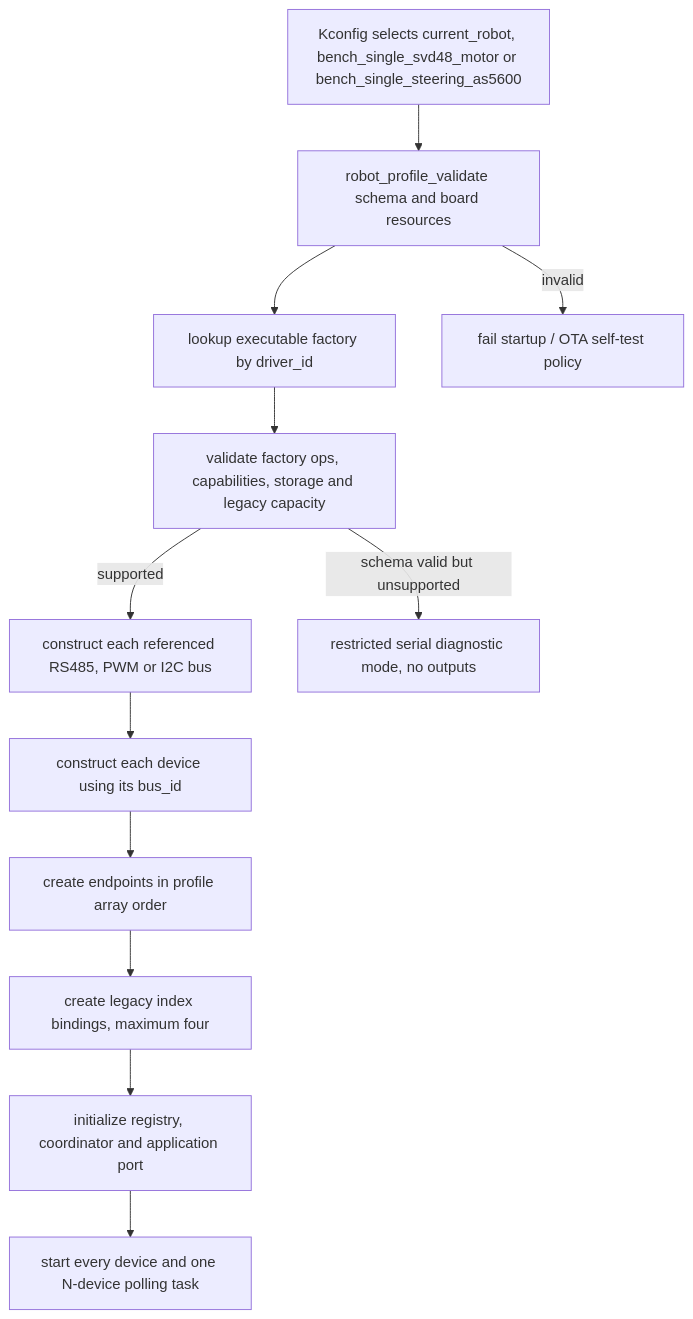
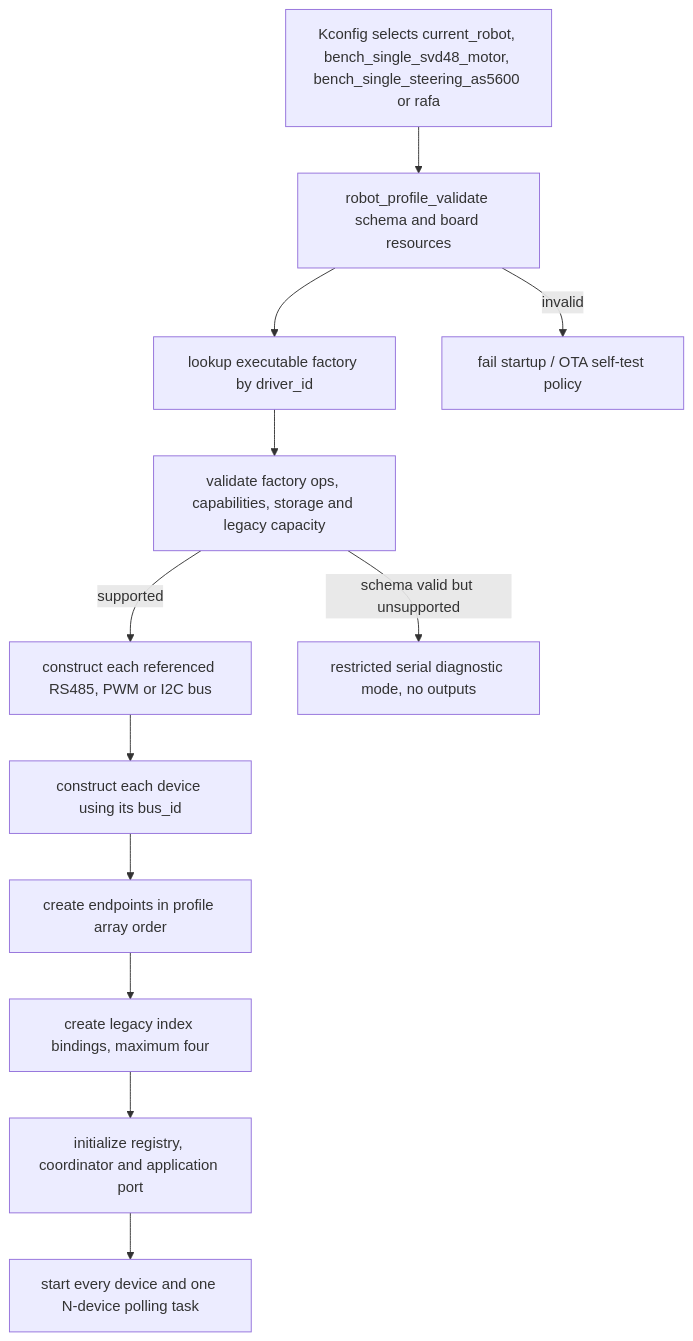
One commit to juanpmz2001/sistema-motriz-rs485 changed the fourth of 5 diagrams in docs/ARCHITECTURE.md. Above: the diagram before and after it, drawn with Mermaid. The commit also changed other lines of this file and 11 other files, not shown here.

````diff
--- a/docs/ARCHITECTURE.md
+++ b/docs/ARCHITECTURE.md
@@ -171,21 +171,21 @@
 ```mermaid
 flowchart TD
-  SELECT[Kconfig selects current_robot, bench_single_svd48_motor or bench_single_steering_as5600]
+  SELECT[Kconfig selects current_robot, bench_single_svd48_motor, bench_single_steering_as5600 or rafa]
   SCHEMA[robot_profile_validate schema and board resources]
   LOOKUP[lookup executable factory by driver_id]
   CAPACITY[validate factory ops, capabilities, storage and legacy capacity]
   BUSES[construct each referenced RS485, PWM or I2C bus]
   DEVICES[construct each device using its bus_id]
   ENDPOINTS[create endpoints in profile array order]
   LEGACY[create legacy index bindings, maximum four]
   APP[initialize registry, coordinator and application port]
   START[start every device and one N-device polling task]
   DIAG[restricted serial diagnostic mode, no outputs]
   FAIL[fail startup / OTA self-test policy]
 
   SELECT --> SCHEMA
   SCHEMA -->|invalid| FAIL
   SCHEMA --> LOOKUP --> CAPACITY
   CAPACITY -->|schema valid but unsupported| DIAG
   CAPACITY -->|supported| BUSES --> DEVICES --> ENDPOINTS --> LEGACY --> APP --> START
 ```
````
